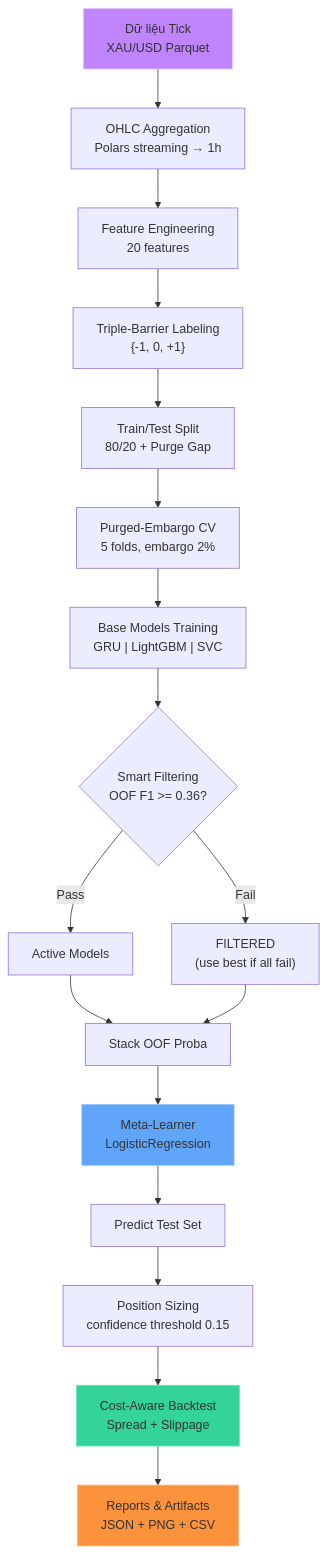
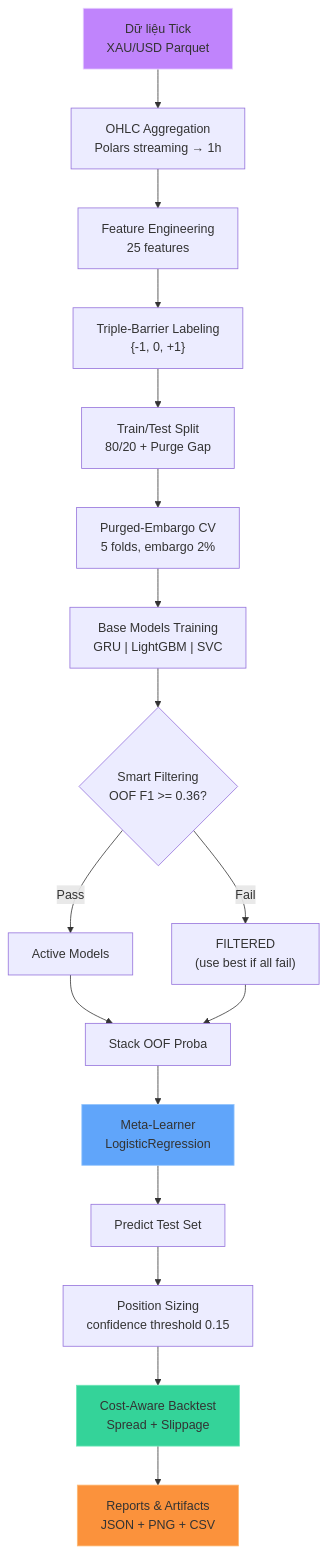
One commit to ultimateBroK/thesis-compact changed the first of 2 diagrams in docs/architecture-overview.md. Above: the diagram before and after it, drawn with Mermaid. The commit also changed other lines of this file and 16 other files, not shown here.

First line of the commit message:
refactor: rename hybrid_stacking → src, add session features to docs, fix mermaid parse error

````diff
--- a/docs/architecture-overview.md
+++ b/docs/architecture-overview.md
@@ -9,24 +9,24 @@
 ```mermaid
 flowchart TD
     A["Dữ liệu Tick<br/>XAU/USD Parquet"] --> B["OHLC Aggregation<br/>Polars streaming → 1h"]
-    B --> C["Feature Engineering<br/>20 features"]
+    B --> C["Feature Engineering<br/>25 features"]
     C --> D["Triple-Barrier Labeling<br/>{-1, 0, +1}"]
     D --> E["Train/Test Split<br/>80/20 + Purge Gap"]
     E --> F["Purged-Embargo CV<br/>5 folds, embargo 2%"]
     F --> G["Base Models Training<br/>GRU | LightGBM | SVC"]
     G --> H{"Smart Filtering<br/>OOF F1 >= 0.36?"}
     H -->|"Pass"| I["Active Models"]
     H -->|"Fail"| J["FILTERED<br/>(use best if all fail)"]
     I --> K["Stack OOF Proba"]
     J --> K
     K --> L["Meta-Learner<br/>LogisticRegression"]
     L --> M["Predict Test Set"]
     M --> N["Position Sizing<br/>confidence threshold 0.15"]
     N --> O["Cost-Aware Backtest<br/>Spread + Slippage"]
     O --> P["Reports & Artifacts<br/>JSON + PNG + CSV"]
 
     style A fill:#c084fc,stroke:#e9d5ff
     style L fill:#60a5fa,stroke:#93c5fd
     style O fill:#34d399,stroke:#6ee7b7
     style P fill:#fb923c,stroke:#fdba74
 ```
````
